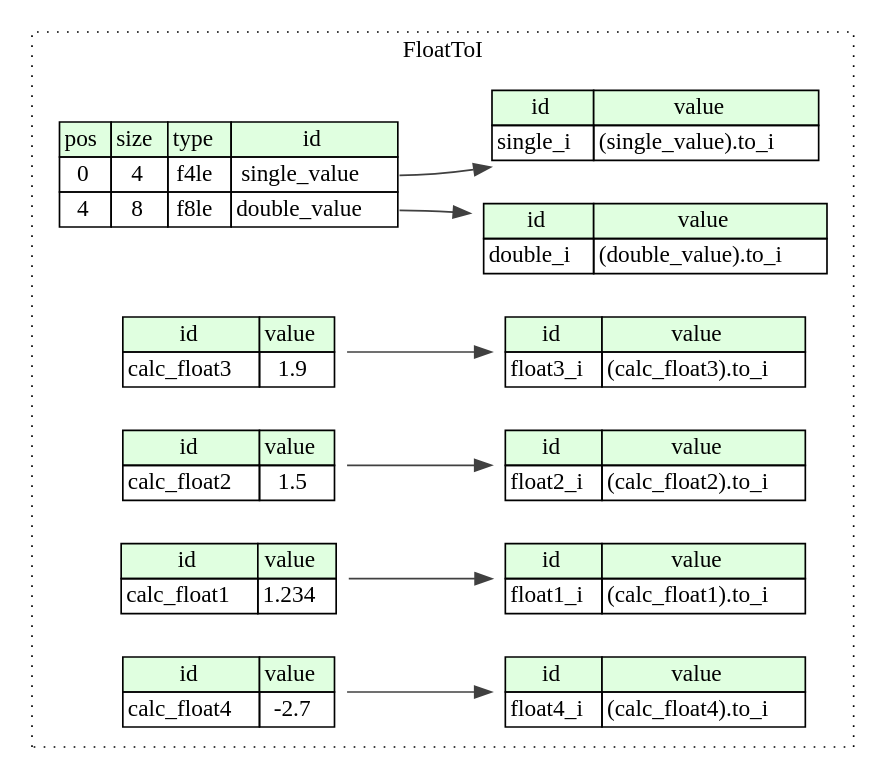
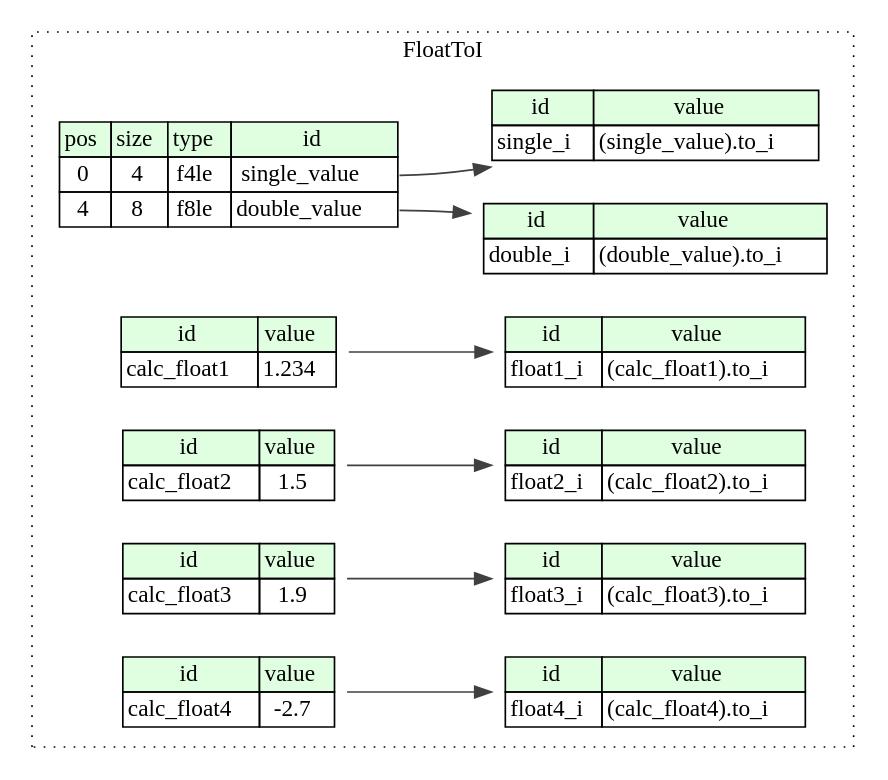
The diagram in compiled/graphviz/float_to_i.dot (kaitai-io/ci_targets), drawn with Graphviz before and after one commit. The commit also changed other lines of this file and 978 other files, not shown here.

```diff
--- a/compiled/graphviz/float_to_i.dot
+++ b/compiled/graphviz/float_to_i.dot
@@ -1,60 +1,60 @@
 digraph {
 	rankdir=LR;
 	node [shape=plaintext];
 	subgraph cluster__float_to_i {
 		label="FloatToI";
 		graph[style=dotted];
 
 		float_to_i__seq [label=<<TABLE BORDER="0" CELLBORDER="1" CELLSPACING="0">
 			<TR><TD BGCOLOR="#E0FFE0">pos</TD><TD BGCOLOR="#E0FFE0">size</TD><TD BGCOLOR="#E0FFE0">type</TD><TD BGCOLOR="#E0FFE0">id</TD></TR>
 			<TR><TD PORT="single_value_pos">0</TD><TD PORT="single_value_size">4</TD><TD>f4le</TD><TD PORT="single_value_type">single_value</TD></TR>
 			<TR><TD PORT="double_value_pos">4</TD><TD PORT="double_value_size">8</TD><TD>f8le</TD><TD PORT="double_value_type">double_value</TD></TR>
 		</TABLE>>];
-		float_to_i__inst__calc_float3 [label=<<TABLE BORDER="0" CELLBORDER="1" CELLSPACING="0">
+		float_to_i__inst__calc_float1 [label=<<TABLE BORDER="0" CELLBORDER="1" CELLSPACING="0">
 			<TR><TD BGCOLOR="#E0FFE0">id</TD><TD BGCOLOR="#E0FFE0">value</TD></TR>
-			<TR><TD>calc_float3</TD><TD>1.9</TD></TR>
-		</TABLE>>];
-		float_to_i__inst__float4_i [label=<<TABLE BORDER="0" CELLBORDER="1" CELLSPACING="0">
-			<TR><TD BGCOLOR="#E0FFE0">id</TD><TD BGCOLOR="#E0FFE0">value</TD></TR>
-			<TR><TD>float4_i</TD><TD>(calc_float4).to_i</TD></TR>
-		</TABLE>>];
-		float_to_i__inst__float3_i [label=<<TABLE BORDER="0" CELLBORDER="1" CELLSPACING="0">
-			<TR><TD BGCOLOR="#E0FFE0">id</TD><TD BGCOLOR="#E0FFE0">value</TD></TR>
-			<TR><TD>float3_i</TD><TD>(calc_float3).to_i</TD></TR>
+			<TR><TD>calc_float1</TD><TD>1.234</TD></TR>
 		</TABLE>>];
 		float_to_i__inst__calc_float2 [label=<<TABLE BORDER="0" CELLBORDER="1" CELLSPACING="0">
 			<TR><TD BGCOLOR="#E0FFE0">id</TD><TD BGCOLOR="#E0FFE0">value</TD></TR>
 			<TR><TD>calc_float2</TD><TD>1.5</TD></TR>
 		</TABLE>>];
-		float_to_i__inst__calc_float1 [label=<<TABLE BORDER="0" CELLBORDER="1" CELLSPACING="0">
+		float_to_i__inst__calc_float3 [label=<<TABLE BORDER="0" CELLBORDER="1" CELLSPACING="0">
 			<TR><TD BGCOLOR="#E0FFE0">id</TD><TD BGCOLOR="#E0FFE0">value</TD></TR>
-			<TR><TD>calc_float1</TD><TD>1.234</TD></TR>
+			<TR><TD>calc_float3</TD><TD>1.9</TD></TR>
+		</TABLE>>];
+		float_to_i__inst__calc_float4 [label=<<TABLE BORDER="0" CELLBORDER="1" CELLSPACING="0">
+			<TR><TD BGCOLOR="#E0FFE0">id</TD><TD BGCOLOR="#E0FFE0">value</TD></TR>
+			<TR><TD>calc_float4</TD><TD>-2.7</TD></TR>
 		</TABLE>>];
 		float_to_i__inst__double_i [label=<<TABLE BORDER="0" CELLBORDER="1" CELLSPACING="0">
 			<TR><TD BGCOLOR="#E0FFE0">id</TD><TD BGCOLOR="#E0FFE0">value</TD></TR>
 			<TR><TD>double_i</TD><TD>(double_value).to_i</TD></TR>
 		</TABLE>>];
 		float_to_i__inst__float1_i [label=<<TABLE BORDER="0" CELLBORDER="1" CELLSPACING="0">
 			<TR><TD BGCOLOR="#E0FFE0">id</TD><TD BGCOLOR="#E0FFE0">value</TD></TR>
 			<TR><TD>float1_i</TD><TD>(calc_float1).to_i</TD></TR>
 		</TABLE>>];
 		float_to_i__inst__float2_i [label=<<TABLE BORDER="0" CELLBORDER="1" CELLSPACING="0">
 			<TR><TD BGCOLOR="#E0FFE0">id</TD><TD BGCOLOR="#E0FFE0">value</TD></TR>
 			<TR><TD>float2_i</TD><TD>(calc_float2).to_i</TD></TR>
 		</TABLE>>];
-		float_to_i__inst__calc_float4 [label=<<TABLE BORDER="0" CELLBORDER="1" CELLSPACING="0">
+		float_to_i__inst__float3_i [label=<<TABLE BORDER="0" CELLBORDER="1" CELLSPACING="0">
 			<TR><TD BGCOLOR="#E0FFE0">id</TD><TD BGCOLOR="#E0FFE0">value</TD></TR>
-			<TR><TD>calc_float4</TD><TD>-2.7</TD></TR>
+			<TR><TD>float3_i</TD><TD>(calc_float3).to_i</TD></TR>
+		</TABLE>>];
+		float_to_i__inst__float4_i [label=<<TABLE BORDER="0" CELLBORDER="1" CELLSPACING="0">
+			<TR><TD BGCOLOR="#E0FFE0">id</TD><TD BGCOLOR="#E0FFE0">value</TD></TR>
+			<TR><TD>float4_i</TD><TD>(calc_float4).to_i</TD></TR>
 		</TABLE>>];
 		float_to_i__inst__single_i [label=<<TABLE BORDER="0" CELLBORDER="1" CELLSPACING="0">
 			<TR><TD BGCOLOR="#E0FFE0">id</TD><TD BGCOLOR="#E0FFE0">value</TD></TR>
 			<TR><TD>single_i</TD><TD>(single_value).to_i</TD></TR>
 		</TABLE>>];
 	}
-	float_to_i__inst__calc_float4:calc_float4_type -> float_to_i__inst__float4_i [color="#404040"];
-	float_to_i__inst__calc_float3:calc_float3_type -> float_to_i__inst__float3_i [color="#404040"];
 	float_to_i__seq:double_value_type -> float_to_i__inst__double_i [color="#404040"];
 	float_to_i__inst__calc_float1:calc_float1_type -> float_to_i__inst__float1_i [color="#404040"];
 	float_to_i__inst__calc_float2:calc_float2_type -> float_to_i__inst__float2_i [color="#404040"];
+	float_to_i__inst__calc_float3:calc_float3_type -> float_to_i__inst__float3_i [color="#404040"];
+	float_to_i__inst__calc_float4:calc_float4_type -> float_to_i__inst__float4_i [color="#404040"];
 	float_to_i__seq:single_value_type -> float_to_i__inst__single_i [color="#404040"];
 }
```
